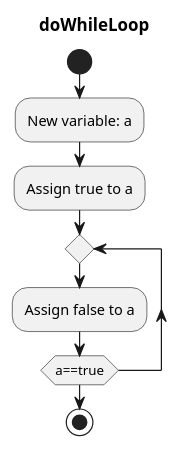
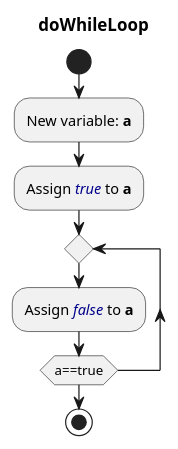
One commit to afmoyar/Java-Documentator changed the fourth of 4 diagrams in Java-documentator/Documentation/Method_doWhileLoop_diagram.puml. Above: the diagram before and after it, drawn with PlantUML. The commit also changed other lines of this file and 9 other files, not shown here.

```diff
--- a/Java-documentator/Documentation/Method_doWhileLoop_diagram.puml
+++ b/Java-documentator/Documentation/Method_doWhileLoop_diagram.puml
@@ -42,10 +43,10 @@
 @startuml
 title doWhileLoop
 start
-:New variable: a;
-:Assign true to a;
+:New variable: <b>a</b>;
+:Assign <color:darkblue><i>true</i></color> to <b>a</b>;
 repeat
-:Assign false to a;
+:Assign <color:darkblue><i>false</i></color> to <b>a</b>;
 repeat while (a==true)
 stop
 @enduml
```
